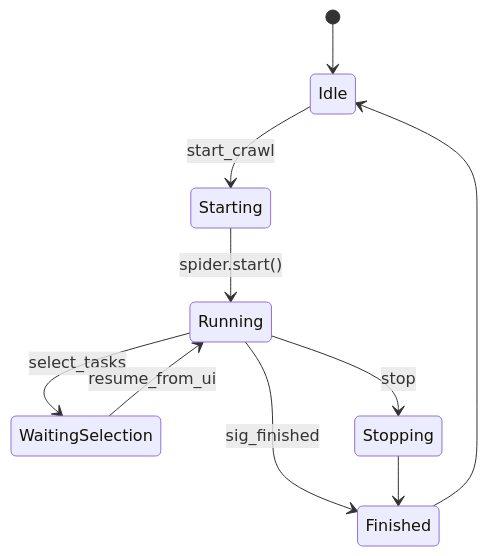
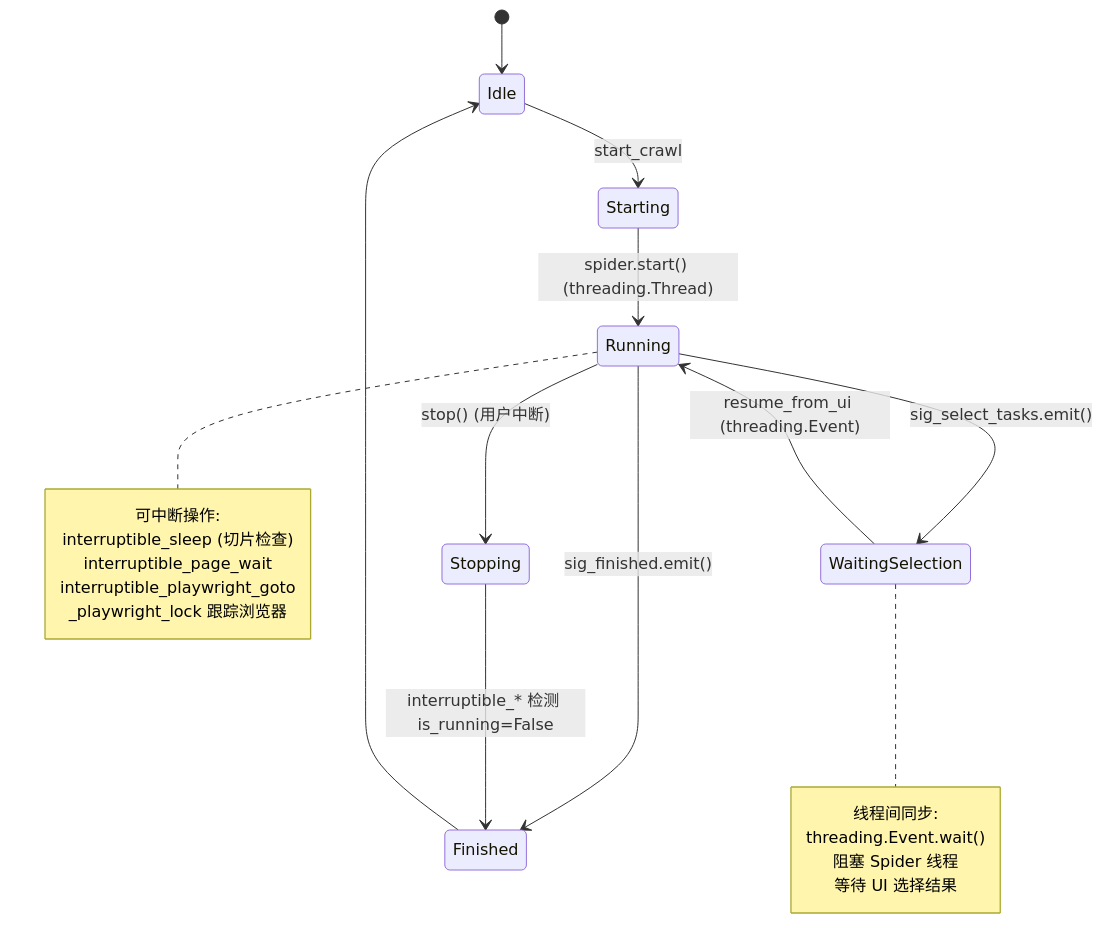
The fourth of 5 diagrams in mermaid/08-data-models-and-context.md (haohaizi554/UniversalCrawler), drawn with Mermaid before and after one commit. The commit also changed other lines of this file and 78 other files, not shown here.

Commit message:
Sync local workspace: packaging adaptation, frontend hardening, and architecture review.

````diff
--- a/mermaid/08-data-models-and-context.md
+++ b/mermaid/08-data-models-and-context.md
@@ -62,12 +189,27 @@
 ```mermaid
 stateDiagram-v2
     [*] --> Idle
     Idle --> Starting: start_crawl
-    Starting --> Running: spider.start()
-    Running --> WaitingSelection: select_tasks
-    WaitingSelection --> Running: resume_from_ui
-    Running --> Stopping: stop
-    Running --> Finished: sig_finished
-    Stopping --> Finished
+    Starting --> Running: spider.start() (threading.Thread)
+    Running --> WaitingSelection: sig_select_tasks.emit()
+    WaitingSelection --> Running: resume_from_ui (threading.Event)
+    Running --> Stopping: stop() (用户中断)
+    Running --> Finished: sig_finished.emit()
+    Stopping --> Finished: interruptible_* 检测 is_running=False
     Finished --> Idle
+
+    note right of Running
+        可中断操作:
+        interruptible_sleep (切片检查)
+        interruptible_page_wait
+        interruptible_playwright_goto
+        _playwright_lock 跟踪浏览器
+    end note
+
+    note right of WaitingSelection
+        线程间同步:
+        threading.Event.wait()
+        阻塞 Spider 线程
+        等待 UI 选择结果
+    end note
 ```
````
